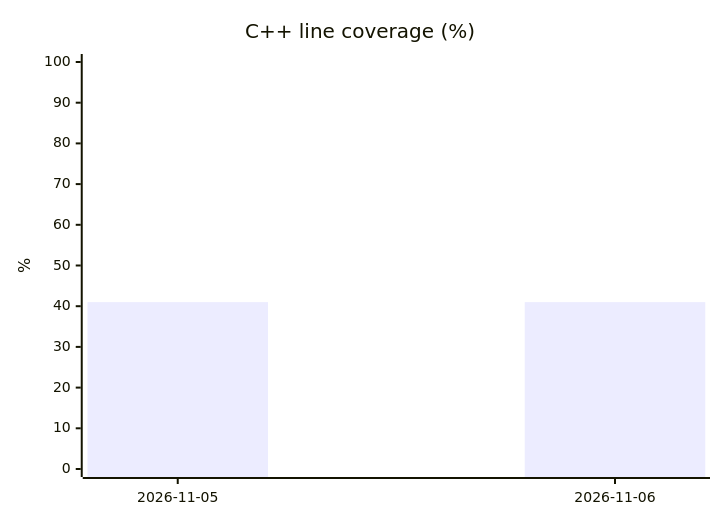
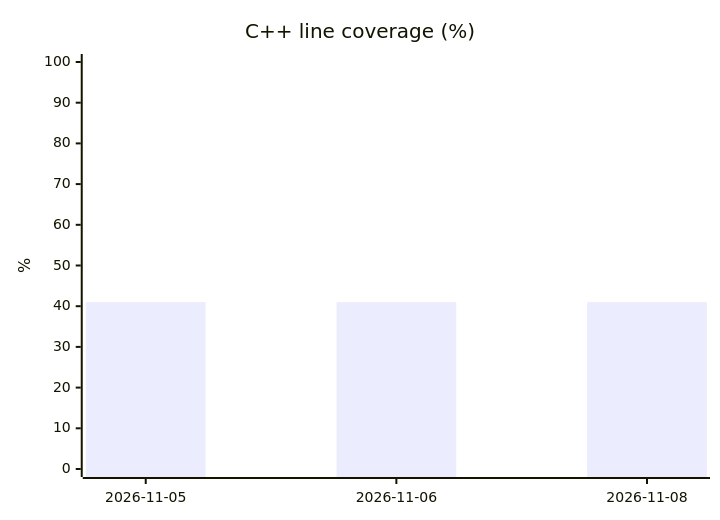
One commit to SCIInstitute/ShapeWorks changed the first of 3 diagrams in README.md. Above: the diagram before and after it, drawn with Mermaid. The commit also changed other lines of this file and 1 other file, not shown here.

````diff
--- a/README.md
+++ b/README.md
@@ -15,7 +15,7 @@
 ```mermaid
 xychart-beta
     title "C++ line coverage (%)"
-    x-axis ["2026-11-05", "2026-11-06"]
+    x-axis ["2026-11-05", "2026-11-06", "2026-11-08"]
     y-axis "%" 0 --> 100
-    bar [41.0, 41.0]
+    bar [41.0, 41.0, 41.0]
 ```
````
